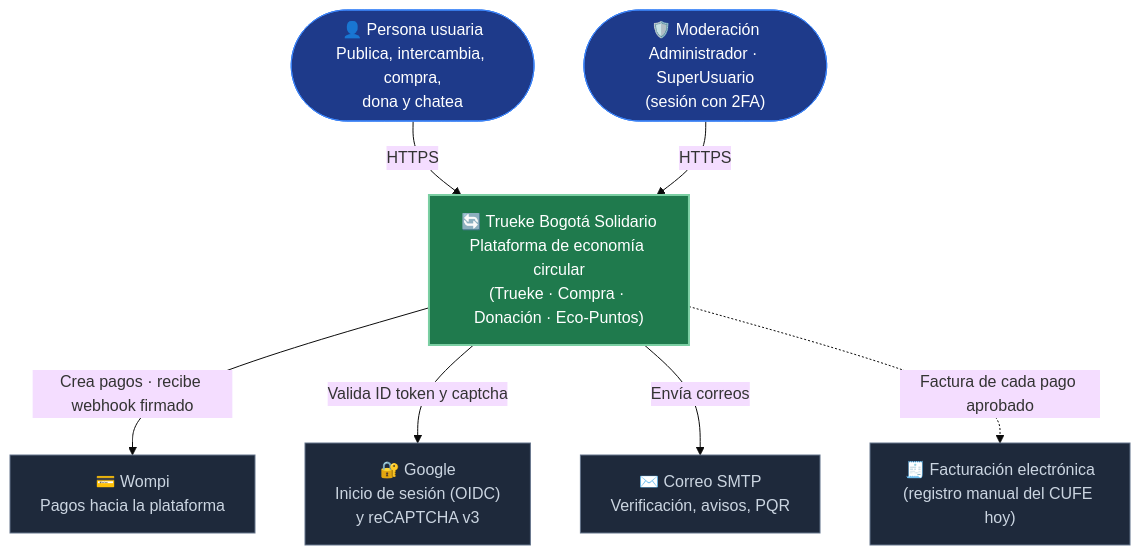
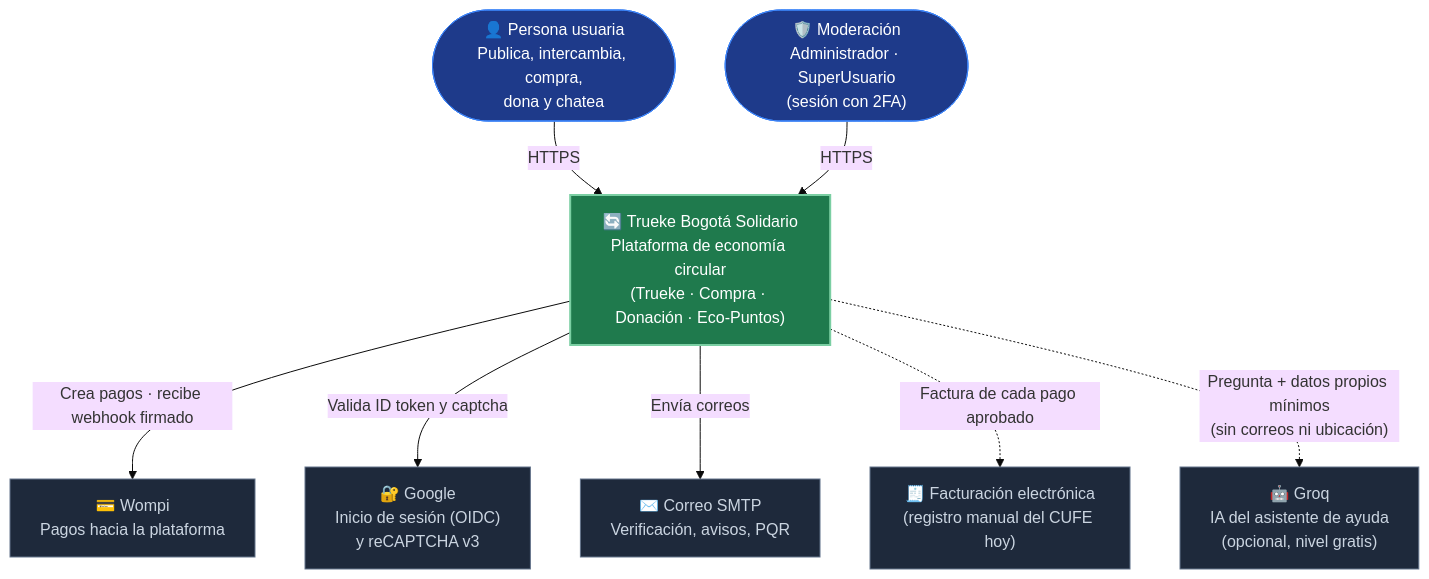
Before and after one commit to IngMartinG/TRUEKE-BOGOTA-SOLIDARIO-: the first of 4 diagrams in docs/c4/C4_MODELO_TRUEKE.md, drawn with Mermaid (base theme). The commit also changed other lines of this file and 24 other files, not shown here.

First line of the commit message:
feat(ayuda): asistente con IA gratis (Groq) para cuentas verificadas

````diff
--- a/docs/c4/C4_MODELO_TRUEKE.md
+++ b/docs/c4/C4_MODELO_TRUEKE.md
@@ -12,23 +12,25 @@
 ```mermaid
 flowchart TB
     U1(["👤 Persona usuaria<br/>Publica, intercambia, compra,<br/>dona y chatea"]):::persona
     U2(["🛡️ Moderación<br/>Administrador · SuperUsuario<br/>(sesión con 2FA)"]):::persona
 
     SYS["🔄 Trueke Bogotá Solidario<br/>Plataforma de economía circular<br/>(Trueke · Compra · Donación · Eco-Puntos)"]:::system
 
     WOMPI["💳 Wompi<br/>Pagos hacia la plataforma"]:::externo
     GOOGLE["🔐 Google<br/>Inicio de sesión (OIDC)<br/>y reCAPTCHA v3"]:::externo
     SMTP["✉️ Correo SMTP<br/>Verificación, avisos, PQR"]:::externo
     DIAN["🧾 Facturación electrónica<br/>(registro manual del CUFE hoy)"]:::externo
+    GROQ["🤖 Groq<br/>IA del asistente de ayuda<br/>(opcional, nivel gratis)"]:::externo
 
     U1 -->|"HTTPS"| SYS
     U2 -->|"HTTPS"| SYS
     SYS -->|"Crea pagos · recibe webhook firmado"| WOMPI
     SYS -->|"Valida ID token y captcha"| GOOGLE
     SYS -->|"Envía correos"| SMTP
     SYS -.->|"Factura de cada pago aprobado"| DIAN
+    SYS -.->|"Pregunta + datos propios mínimos<br/>(sin correos ni ubicación)"| GROQ
 
     classDef persona fill:#1e3a8a,color:#fff,stroke:#3b82f6;
     classDef system fill:#1f7a4d,color:#fff,stroke:#7bcfa3,stroke-width:2px;
     classDef externo fill:#1e293b,color:#cbd5e1,stroke:#64748b;
 ```
````
